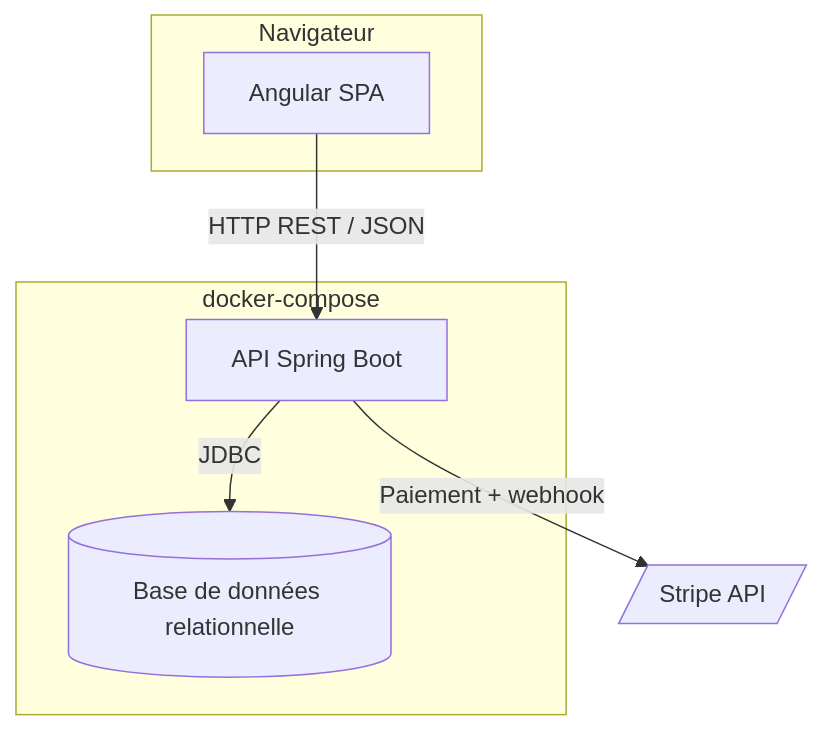
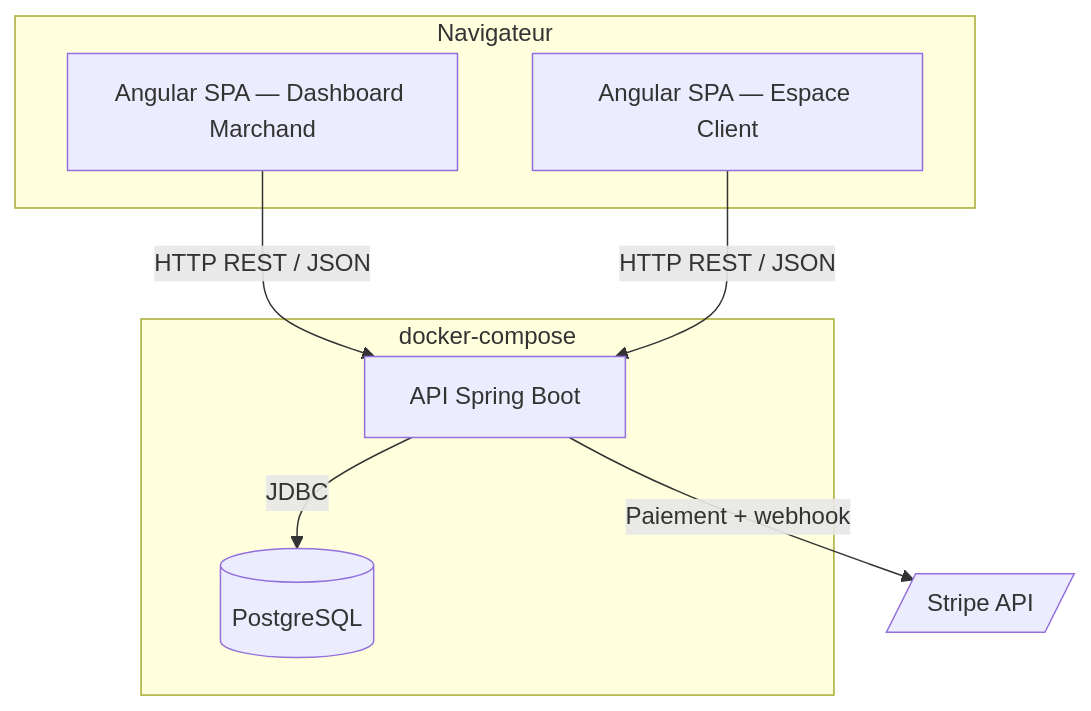
One commit to kingcrud12/promo-manager-spring-boot-angular changed the sixth of 7 diagrams in Documentation_du_projet/2.conception/conception.md. Above: the diagram before and after it, drawn with Mermaid. The commit also changed other lines of this file and 44 other files, not shown here.

First line of the commit message:
Dockerize Dashboard and Client Angular apps

````diff
--- a/Documentation_du_projet/2.conception/conception.md
+++ b/Documentation_du_projet/2.conception/conception.md
@@ -176,17 +178,19 @@
 ```mermaid
 flowchart TB
     subgraph Navigateur["Navigateur"]
-        FE[Angular SPA]
+        FE1[Angular SPA — Dashboard Marchand]
+        FE2[Angular SPA — Espace Client]
     end
 
     subgraph Compose["docker-compose"]
         BE[API Spring Boot]
-        DB[(Base de données relationnelle)]
+        DB[(PostgreSQL)]
     end
 
     Stripe[/Stripe API/]
 
-    FE -->|HTTP REST / JSON| BE
+    FE1 -->|HTTP REST / JSON| BE
+    FE2 -->|HTTP REST / JSON| BE
     BE -->|JDBC| DB
     BE -->|Paiement + webhook| Stripe
 ```
````
